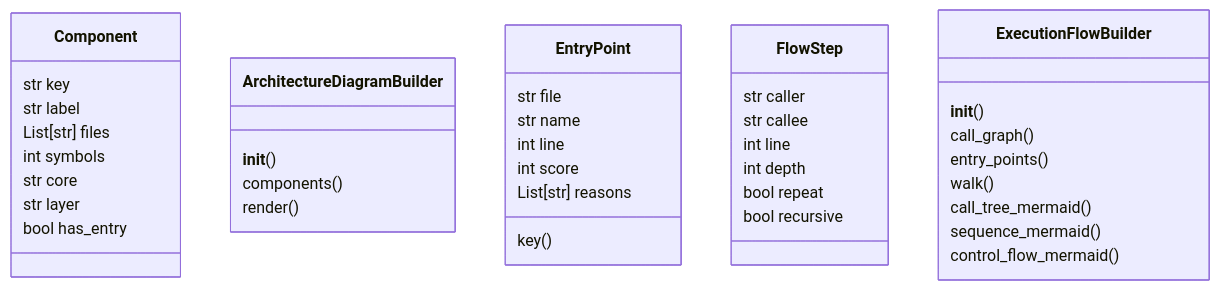
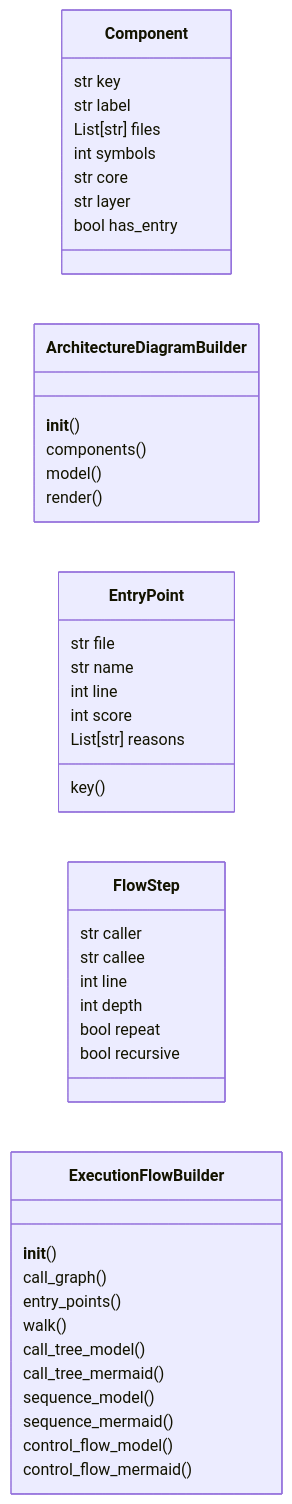
The first of 2 diagrams in readmenator-apidocs/modules/readmenator._flowcharts.py.md (grisuno/ReadMenator), drawn with Mermaid before and after one commit. The commit also changed other lines of this file and 224 other files, not shown here.

Commit message:
new diagrams :D

````diff
--- a/readmenator-apidocs/modules/readmenator._flowcharts.py.md
+++ b/readmenator-apidocs/modules/readmenator._flowcharts.py.md
@@ -32,37 +32,42 @@
 ```mermaid
 classDiagram
+    direction LR
     class Component
     Component : str key
     Component : str label
     Component : List[str] files
     Component : int symbols
     Component : str core
     Component : str layer
     Component : bool has_entry
     class ArchitectureDiagramBuilder
     ArchitectureDiagramBuilder : __init__()
     ArchitectureDiagramBuilder : components()
+    ArchitectureDiagramBuilder : model()
     ArchitectureDiagramBuilder : render()
     class EntryPoint
     EntryPoint : str file
     EntryPoint : str name
     EntryPoint : int line
     EntryPoint : int score
     EntryPoint : List[str] reasons
     EntryPoint : key()
     class FlowStep
     FlowStep : str caller
     FlowStep : str callee
     FlowStep : int line
     FlowStep : int depth
     FlowStep : bool repeat
     FlowStep : bool recursive
     class ExecutionFlowBuilder
     ExecutionFlowBuilder : __init__()
     ExecutionFlowBuilder : call_graph()
     ExecutionFlowBuilder : entry_points()
     ExecutionFlowBuilder : walk()
+    ExecutionFlowBuilder : call_tree_model()
     ExecutionFlowBuilder : call_tree_mermaid()
+    ExecutionFlowBuilder : sequence_model()
     ExecutionFlowBuilder : sequence_mermaid()
+    ExecutionFlowBuilder : control_flow_model()
     ExecutionFlowBuilder : control_flow_mermaid()
 ```
````
